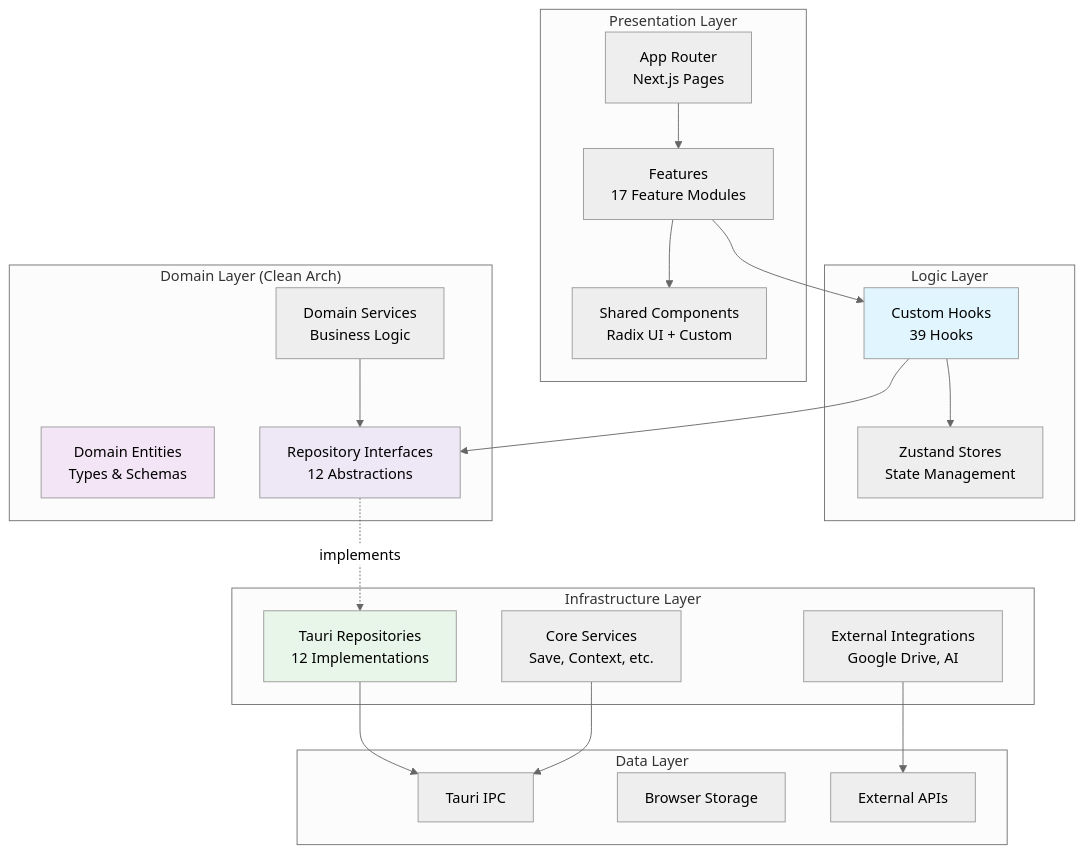
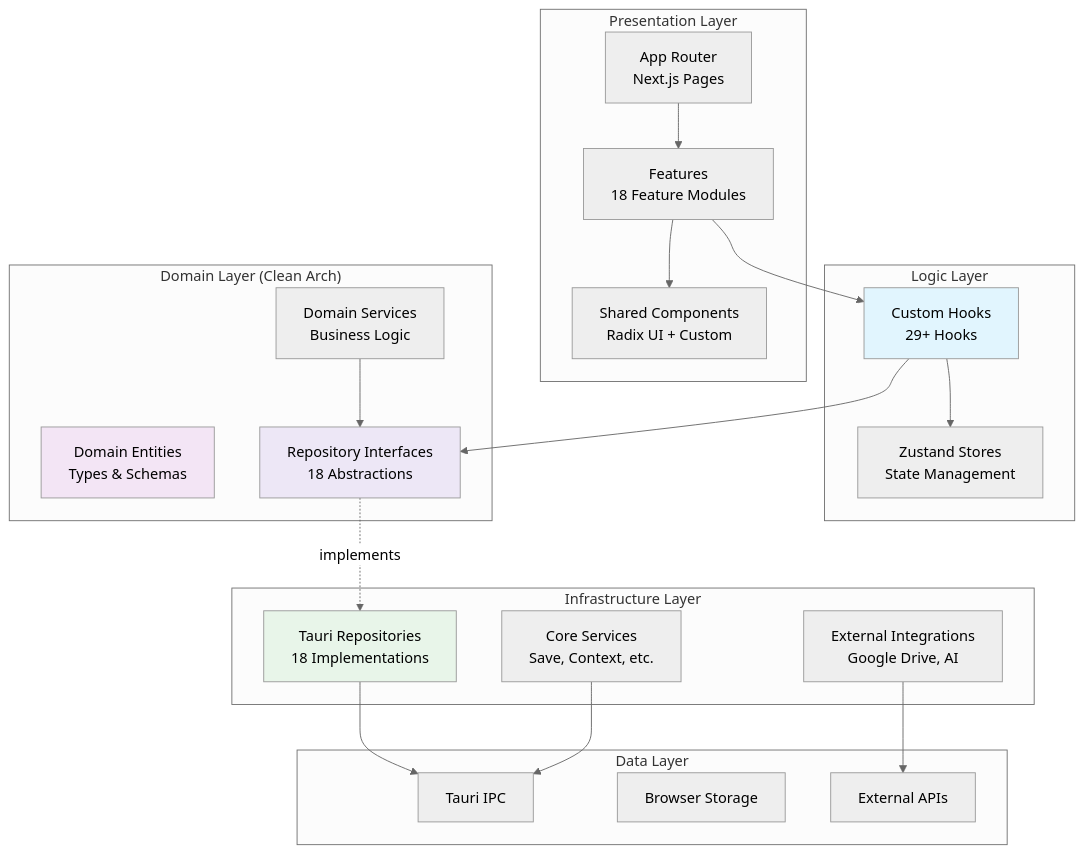
Before and after one commit to Sai-Roopesh/becomeAnAuthor: the first of 4 diagrams in docs/frontend-high-level-design.md, drawn with Mermaid (neutral theme). The commit also changed other lines of this file and 36 other files, not shown here.

````diff
--- a/docs/frontend-high-level-design.md
+++ b/docs/frontend-high-level-design.md
@@ -51,47 +51,47 @@
 ```mermaid
 graph TB
     subgraph "Presentation Layer"
         App[App Router<br/>Next.js Pages]
-        Features[Features<br/>17 Feature Modules]
+        Features[Features<br/>18 Feature Modules]
         Components[Shared Components<br/>Radix UI + Custom]
     end
     
     subgraph "Logic Layer"
-        Hooks[Custom Hooks<br/>39 Hooks]
+        Hooks[Custom Hooks<br/>29+ Hooks]
         Stores[Zustand Stores<br/>State Management]
     end
     
     subgraph "Domain Layer (Clean Arch)"
         Entities[Domain Entities<br/>Types & Schemas]
-        IRepos[Repository Interfaces<br/>12 Abstractions]
+        IRepos[Repository Interfaces<br/>18 Abstractions]
         Services[Domain Services<br/>Business Logic]
     end
     
     subgraph "Infrastructure Layer"
-        TauriRepos[Tauri Repositories<br/>12 Implementations]
+        TauriRepos[Tauri Repositories<br/>18 Implementations]
         CoreServices[Core Services<br/>Save, Context, etc.]
         Integrations[External Integrations<br/>Google Drive, AI]
     end
     
     subgraph "Data Layer"
         Tauri[Tauri IPC]
         LocalStorage[Browser Storage]
         External[External APIs]
     end
     
     App --> Features
     Features --> Hooks
     Features --> Components
     Hooks --> Stores
     Hooks --> IRepos
     IRepos -.->|implements| TauriRepos
     TauriRepos --> Tauri
     Services --> IRepos
     CoreServices --> Tauri
     Integrations --> External
     
     style Entities fill:#f3e5f5
     style IRepos fill:#ede7f6
     style TauriRepos fill:#e8f5e9
     style Hooks fill:#e1f5fe
 ```
````
